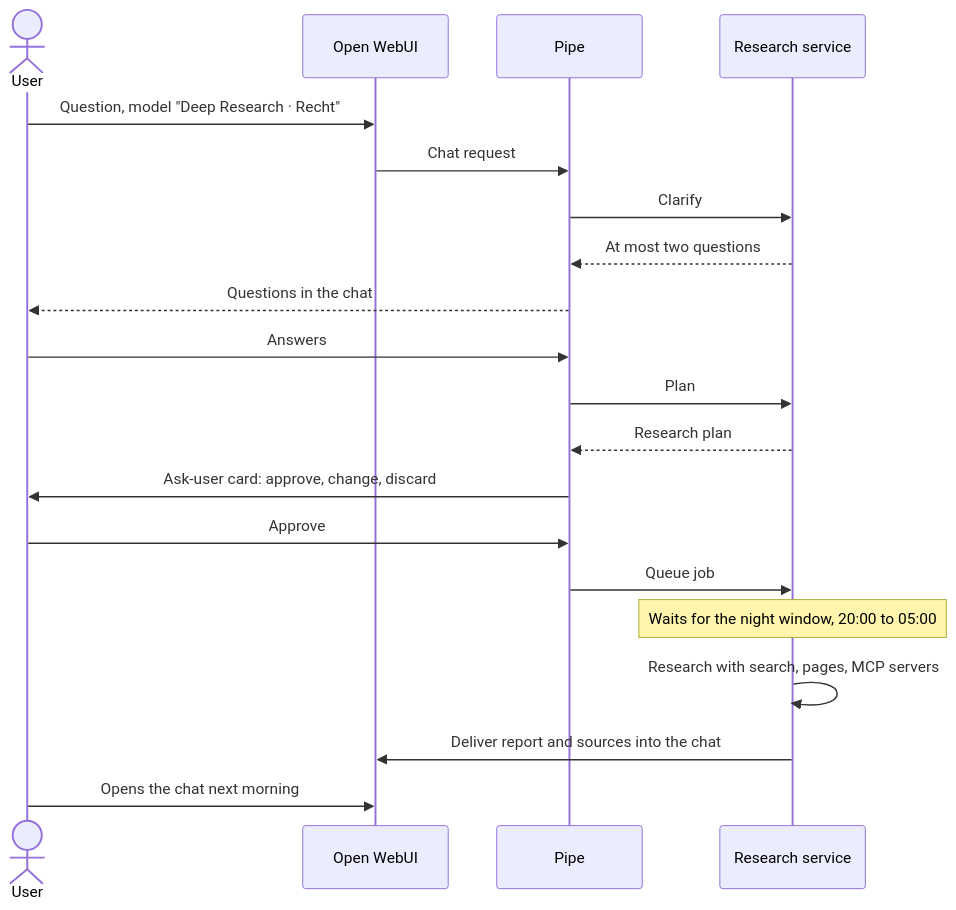
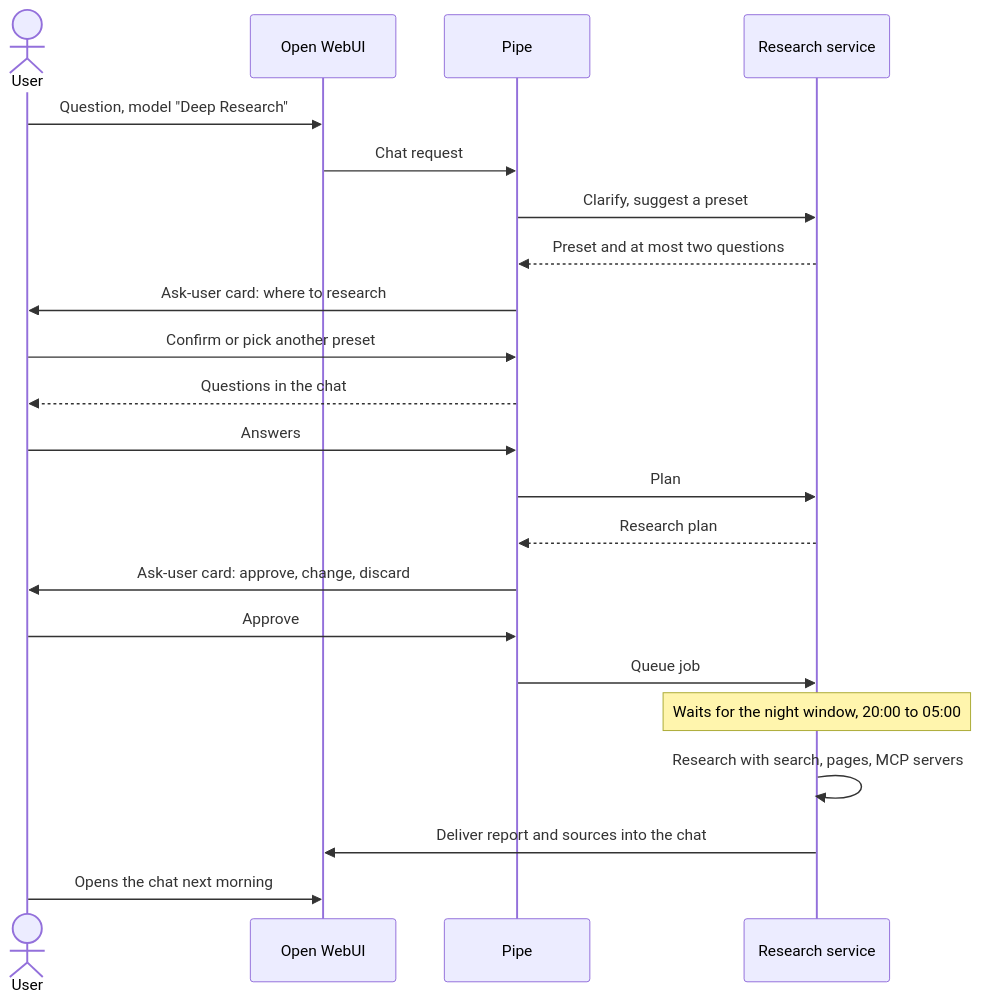
One commit to DCC-BS/documentation changed the diagram in markdown/apps/bebbi-bot/deep-research.md. Above: the diagram before and after it, drawn with Mermaid. The commit also changed other lines of this file and 15 other files, not shown here.

First line of the commit message:
Bebbi Bot and evaluation docs: new kdkp-open-web-ui layout, ownership colors in the architecture diagram (#155)

````diff
--- a/markdown/apps/bebbi-bot/deep-research.md
+++ b/markdown/apps/bebbi-bot/deep-research.md
@@ -30,22 +30,24 @@
 ```mermaid
 sequenceDiagram
     actor U as User
     participant O as Open WebUI
     participant P as Pipe
     participant S as Research service
-    U->>O: Question, model "Deep Research · Recht"
+    U->>O: Question, model "Deep Research"
     O->>P: Chat request
-    P->>S: Clarify
-    S-->>P: At most two questions
+    P->>S: Clarify, suggest a preset
+    S-->>P: Preset and at most two questions
+    P->>U: Ask-user card: where to research
+    U->>P: Confirm or pick another preset
     P-->>U: Questions in the chat
     U->>P: Answers
     P->>S: Plan
     S-->>P: Research plan
     P->>U: Ask-user card: approve, change, discard
     U->>P: Approve
     P->>S: Queue job
     Note over S: Waits for the night window, 20:00 to 05:00
     S->>S: Research with search, pages, MCP servers
     S->>O: Deliver report and sources into the chat
     U->>O: Opens the chat next morning
 ```
````
